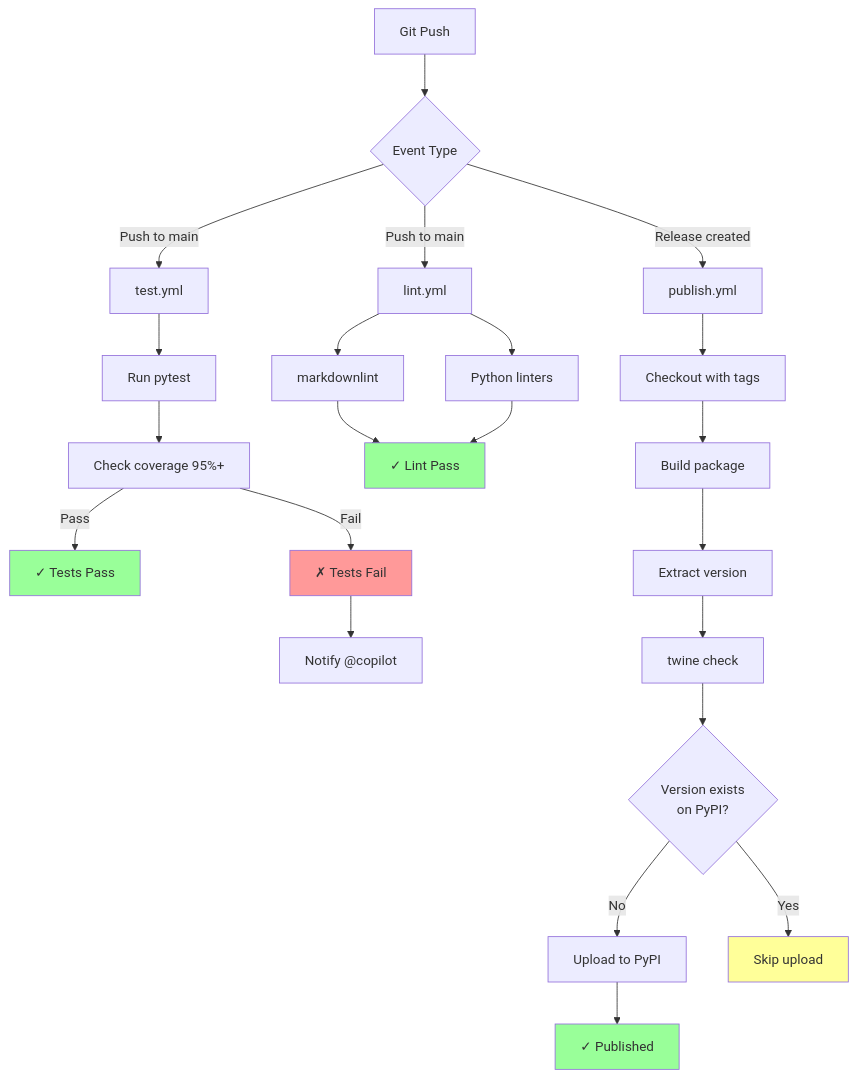
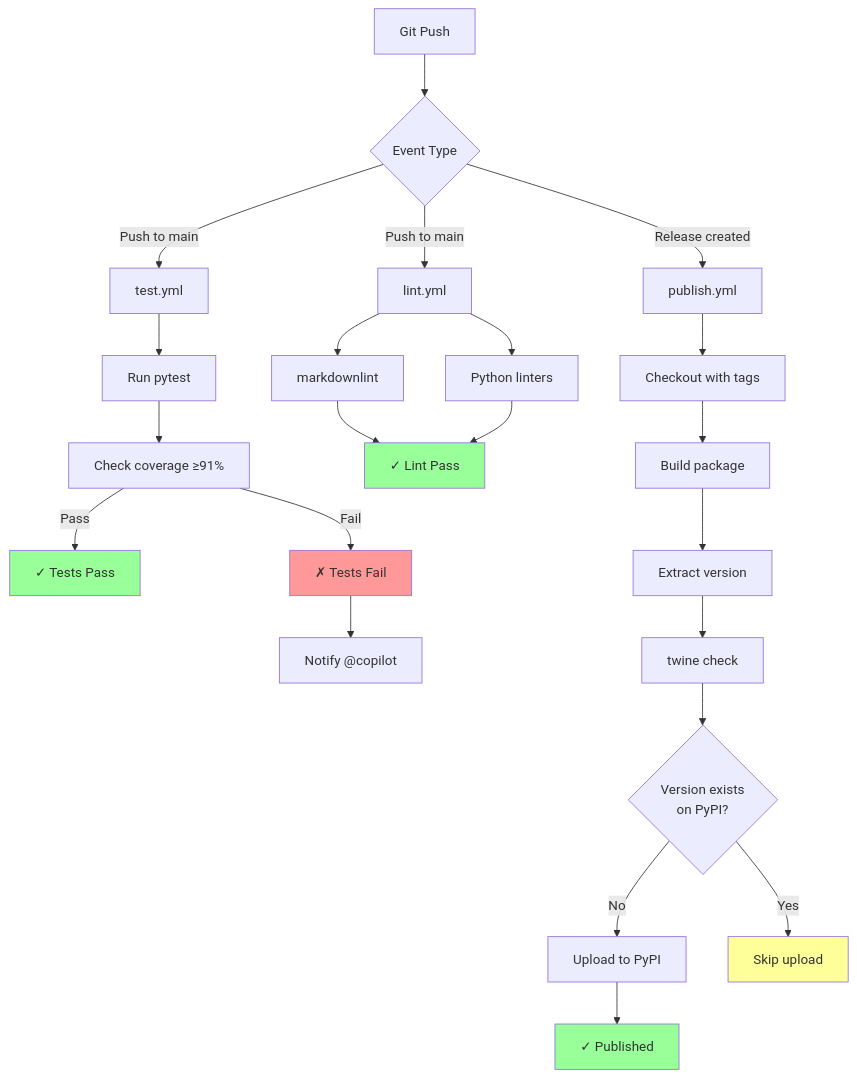
One commit to ayaiayorg/agentic-devtools changed the fifth of 10 diagrams in docs/07-deployment-view.md. Above: the diagram before and after it, drawn with Mermaid. The commit also changed other lines of this file and 5 other files, not shown here.

````diff
--- a/docs/07-deployment-view.md
+++ b/docs/07-deployment-view.md
@@ -166,35 +166,35 @@
 ```mermaid
 flowchart TD
     Push[Git Push] --> Trigger{Event Type}
     
     Trigger -->|Push to main| Test[test.yml]
     Trigger -->|Push to main| Lint[lint.yml]
     Trigger -->|Release created| Publish[publish.yml]
     
     Test --> RunTests[Run pytest]
-    RunTests --> Coverage[Check coverage 95%+]
+    RunTests --> Coverage[Check coverage ≥91%]
     Coverage -->|Pass| TestPass[✓ Tests Pass]
     Coverage -->|Fail| TestFail[✗ Tests Fail]
     
     Lint --> RunMarkdown[markdownlint]
     Lint --> RunPython[Python linters]
     RunMarkdown --> LintPass[✓ Lint Pass]
     RunPython --> LintPass
     
     Publish --> FetchTags[Checkout with tags]
     FetchTags --> Build[Build package]
     Build --> Extract[Extract version]
     Extract --> Validate[twine check]
     Validate --> CheckPyPI{Version exists<br/>on PyPI?}
     CheckPyPI -->|No| Upload[Upload to PyPI]
     CheckPyPI -->|Yes| Skip[Skip upload]
     Upload --> Published[✓ Published]
     
     TestFail --> Notify[Notify @copilot]
     
     style TestPass fill:#9f9
     style LintPass fill:#9f9
     style Published fill:#9f9
     style TestFail fill:#f99
     style Skip fill:#ff9
 ```
````
